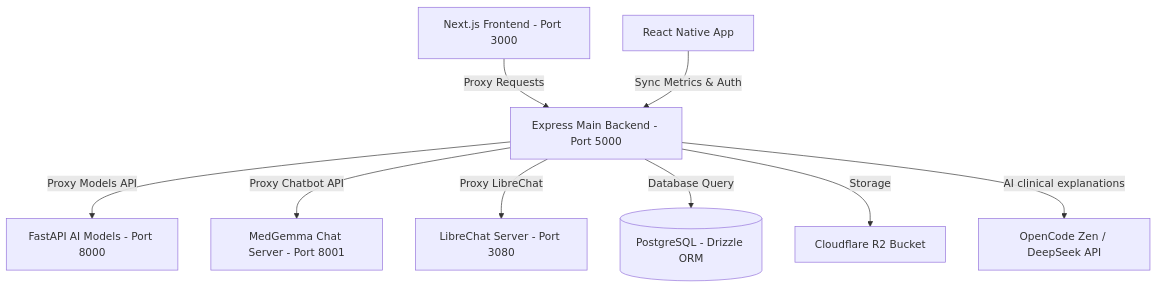
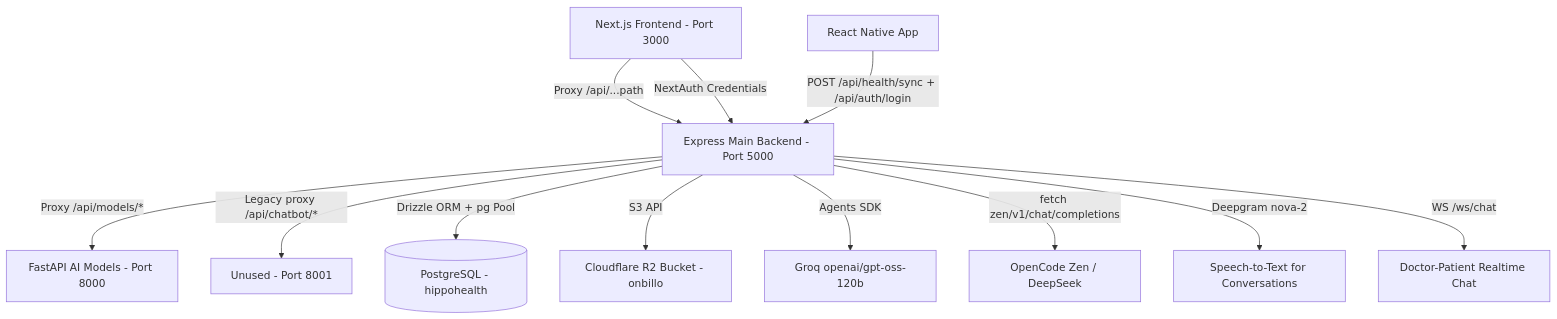
One commit to kushalkambar5/global_ai_hackathon_2026 changed the diagram in README.md. Above: the diagram before and after it, drawn with Mermaid. The commit also changed other lines of this file, not shown here.

````diff
--- a/README.md
+++ b/README.md
@@ -11,11 +13,14 @@
 ```mermaid
 graph TD
-    A[Next.js Frontend - Port 3000] -->|Proxy Requests| B[Express Main Backend - Port 5000]
-    C[React Native App] -->|Sync Metrics & Auth| B
-    B -->|Proxy Models API| D[FastAPI AI Models - Port 8000]
-    B -->|Proxy Chatbot API| E[MedGemma Chat Server - Port 8001]
-    B -->|Proxy LibreChat| F[LibreChat Server - Port 3080]
-    B -->|Database Query| G[(PostgreSQL - Drizzle ORM)]
-    B -->|Storage| H[Cloudflare R2 Bucket]
-    B -->|AI clinical explanations| I[OpenCode Zen / DeepSeek API]
+    A[Next.js Frontend - Port 3000] -->|Proxy /api/...path| B[Express Main Backend - Port 5000]
+    A -->|NextAuth Credentials| B
+    C[React Native App] -->|POST /api/health/sync + /api/auth/login| B
+    B -->|Proxy /api/models/*| D[FastAPI AI Models - Port 8000]
+    B -->|Legacy proxy /api/chatbot/*| E[Unused - Port 8001]
+    B -->|Drizzle ORM + pg Pool| G[(PostgreSQL - hippohealth)]
+    B -->|S3 API| H[Cloudflare R2 Bucket - onbillo]
+    B -->|Agents SDK| I[Groq openai/gpt-oss-120b]
+    B -->|fetch zen/v1/chat/completions| J[OpenCode Zen / DeepSeek]
+    B -->|Deepgram nova-2| K[Speech-to-Text for Conversations]
+    B -->|WS /ws/chat| L[Doctor-Patient Realtime Chat]
 ```
````
